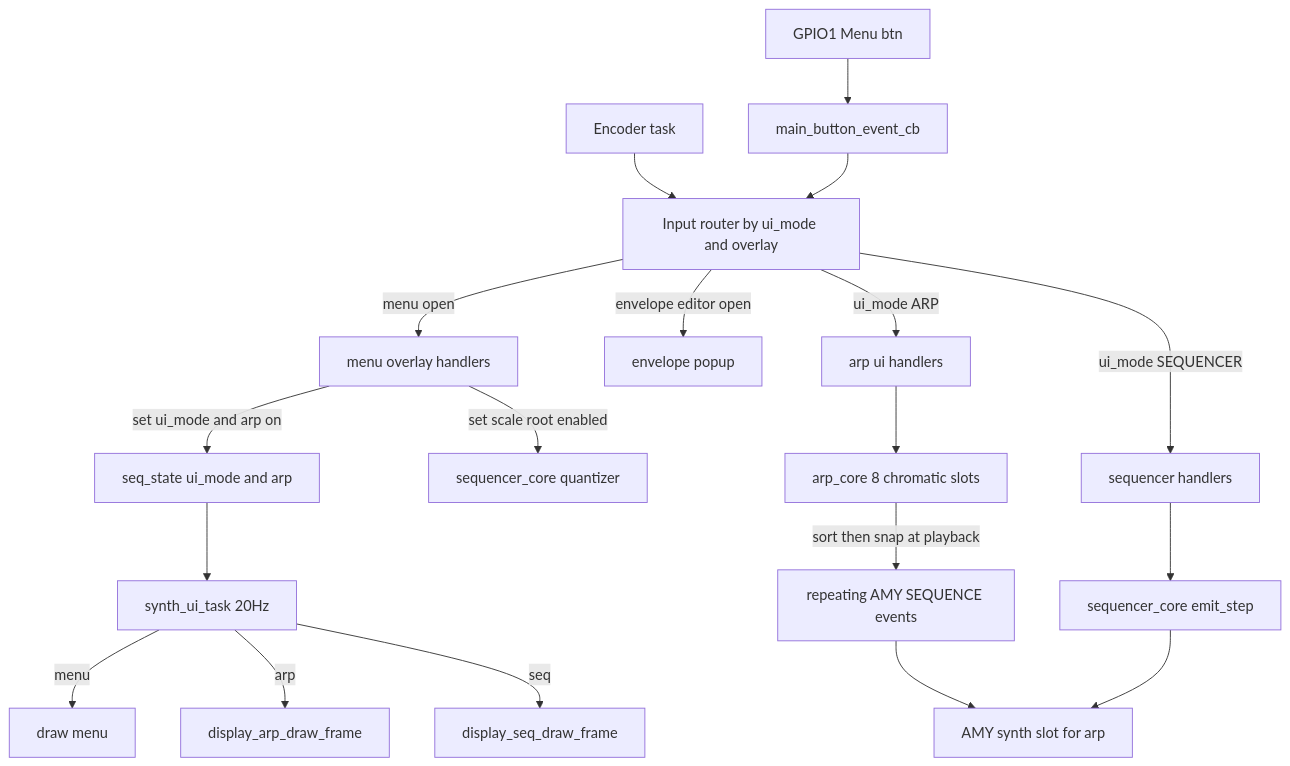
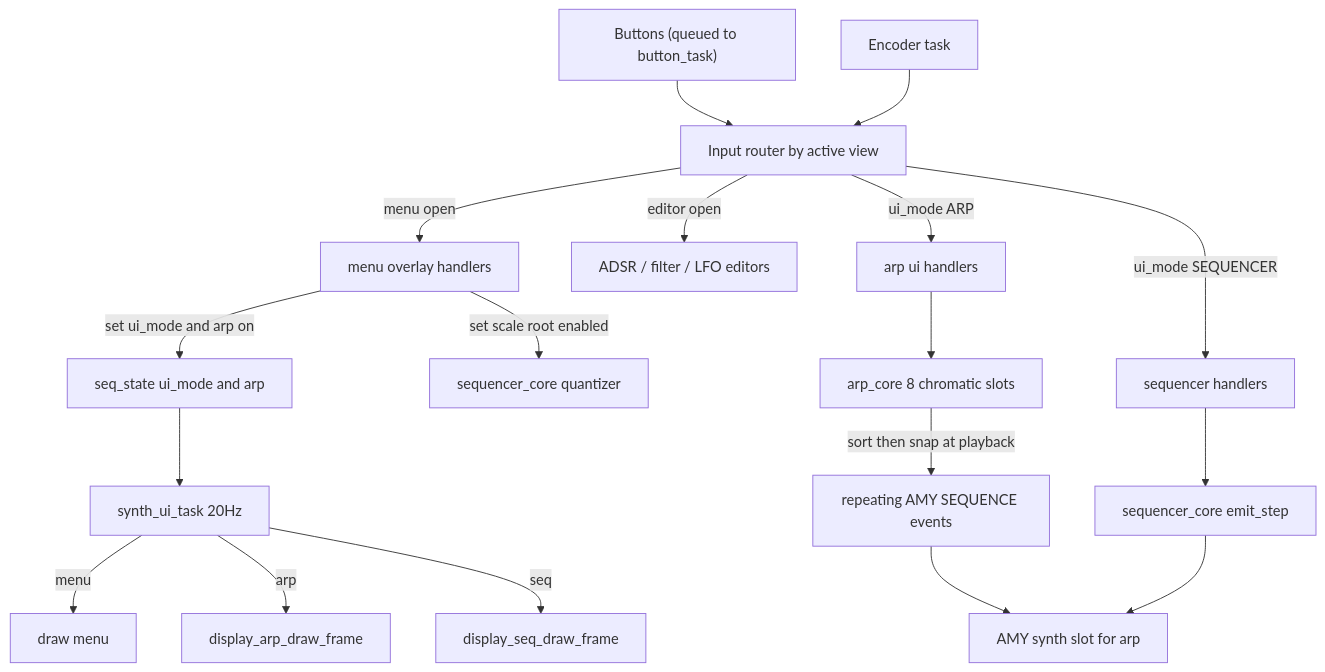
The first of 3 diagrams in components/synth_core/ARP-ARCHITECTURE.md (cxandy/S3-Amysynth), drawn with Mermaid before and after one commit. The commit also changed other lines of this file and 7 other files, not shown here.

````diff
--- a/components/synth_core/ARP-ARCHITECTURE.md
+++ b/components/synth_core/ARP-ARCHITECTURE.md
@@ -18,21 +19,20 @@
 ```mermaid
 flowchart TD
-    GPIO1["GPIO1 Menu btn"] --> CB["main_button_event_cb"]
-    ENC["Encoder task"] --> RT["Input router by ui_mode and overlay"]
-    CB --> RT
+    BTN["Buttons (queued to button_task)"] --> RT["Input router by active view"]
+    ENC["Encoder task"] --> RT
     RT -->|menu open| MENU["menu overlay handlers"]
-    RT -->|envelope editor open| GRAPH["envelope popup"]
+    RT -->|editor open| GRAPH["ADSR / filter / LFO editors"]
     RT -->|ui_mode ARP| ARPUI["arp ui handlers"]
     RT -->|ui_mode SEQUENCER| SEQUI["sequencer handlers"]
     MENU -->|set scale root enabled| QUANT["sequencer_core quantizer"]
     MENU -->|set ui_mode and arp on| STATE["seq_state ui_mode and arp"]
     ARPUI --> ARP["arp_core 8 chromatic slots"]
     ARP -->|sort then snap at playback| EMIT["repeating AMY SEQUENCE events"]
     EMIT --> AMY["AMY synth slot for arp"]
     SEQUI --> SEQCORE["sequencer_core emit_step"]
     SEQCORE --> AMY
     STATE --> RENDER["synth_ui_task 20Hz"]
     RENDER -->|menu| DRAWM["draw menu"]
     RENDER -->|arp| DRAWA["display_arp_draw_frame"]
     RENDER -->|seq| DRAWS["display_seq_draw_frame"]
 ```
````
